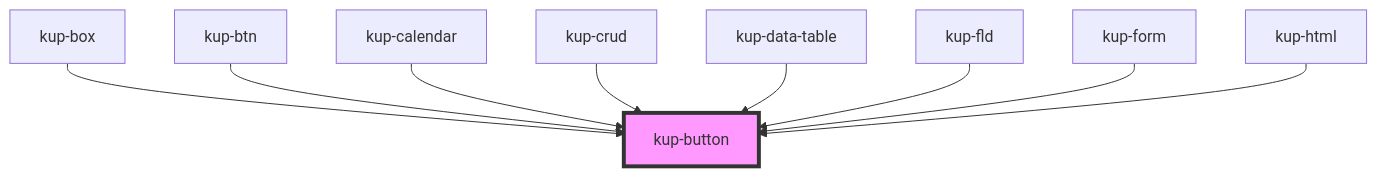
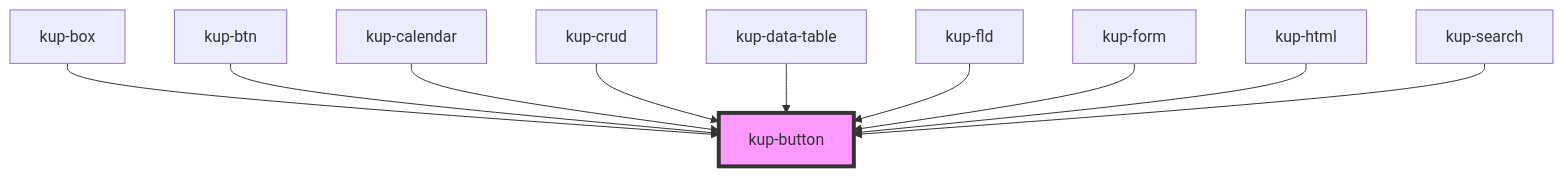
Before and after one commit to smeup/ketchup: the diagram in packages/ketchup/src/components/kup-button/readme.md, drawn with Mermaid. The commit also changed other lines of this file and 28 other files, not shown here.

Commit message:
kup-form: search

````diff
--- a/packages/ketchup/src/components/kup-button/readme.md
+++ b/packages/ketchup/src/components/kup-button/readme.md
@@ -79,12 +80,13 @@
 ```mermaid
 graph TD;
   kup-box --> kup-button
   kup-btn --> kup-button
   kup-calendar --> kup-button
   kup-crud --> kup-button
   kup-data-table --> kup-button
   kup-fld --> kup-button
   kup-form --> kup-button
   kup-html --> kup-button
+  kup-search --> kup-button
   style kup-button fill:#f9f,stroke:#333,stroke-width:4px
 ```
````
